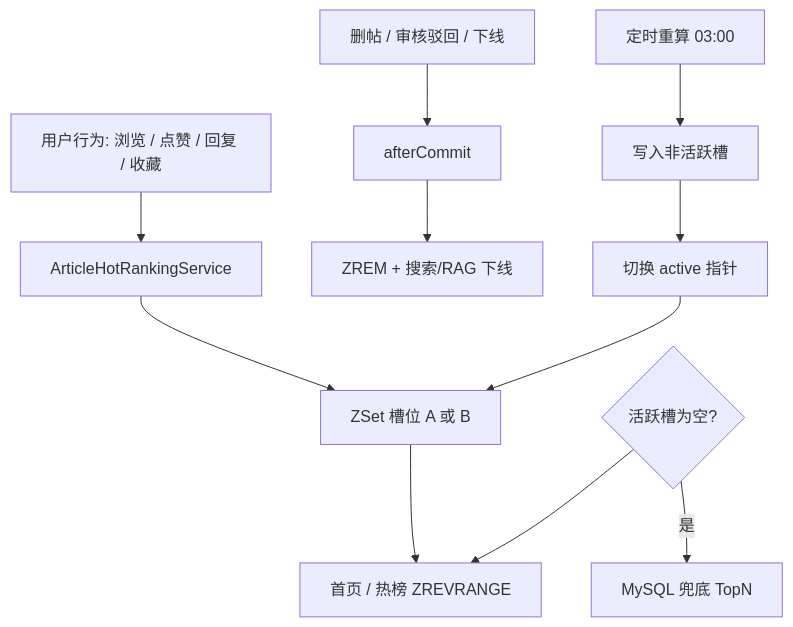
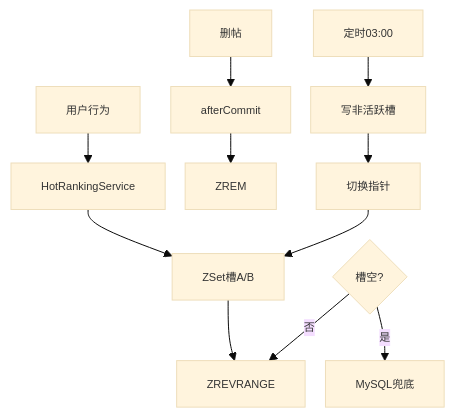
One commit to pluchon/mengmeng_forum changed diagram 12 of 22 in README.md. Above: the diagram before and after it, drawn with Mermaid. The commit also changed other lines of this file and 2 other files, not shown here.

````diff
--- a/README.md
+++ b/README.md
@@ -567,13 +428,14 @@
 ```mermaid
+%%{init: {'theme':'base', 'themeVariables': {'fontSize':'11px'}, 'flowchart': {'nodeSpacing': 20, 'rankSpacing': 30}}}%%
 flowchart TD
-  E[用户行为: 浏览 / 点赞 / 回复 / 收藏] --> S[ArticleHotRankingService]
-  S --> ZA[ZSet 槽位 A 或 B]
-  D[删帖 / 审核驳回 / 下线] --> AC[afterCommit]
-  AC --> R[ZREM + 搜索/RAG 下线]
-  T[定时重算 03:00] --> INAC[写入非活跃槽]
-  INAC --> SW[切换 active 指针]
+  E[用户行为] --> S[HotRankingService]
+  S --> ZA[ZSet槽A/B]
+  D[删帖] --> AC[afterCommit]
+  AC --> R[ZREM]
+  T[定时03:00] --> INAC[写非活跃槽]
+  INAC --> SW[切换指针]
   SW --> ZA
-  ZA --> API[首页 / 热榜 ZREVRANGE]
-  EMPTY{活跃槽为空?} --> API
-  EMPTY -->|是| DB[MySQL 兜底 TopN]
+  ZA --> API[ZREVRANGE]
+  EMPTY{槽空?} -->|是| DB[MySQL兜底]
+  EMPTY -->|否| API
 ```
````
